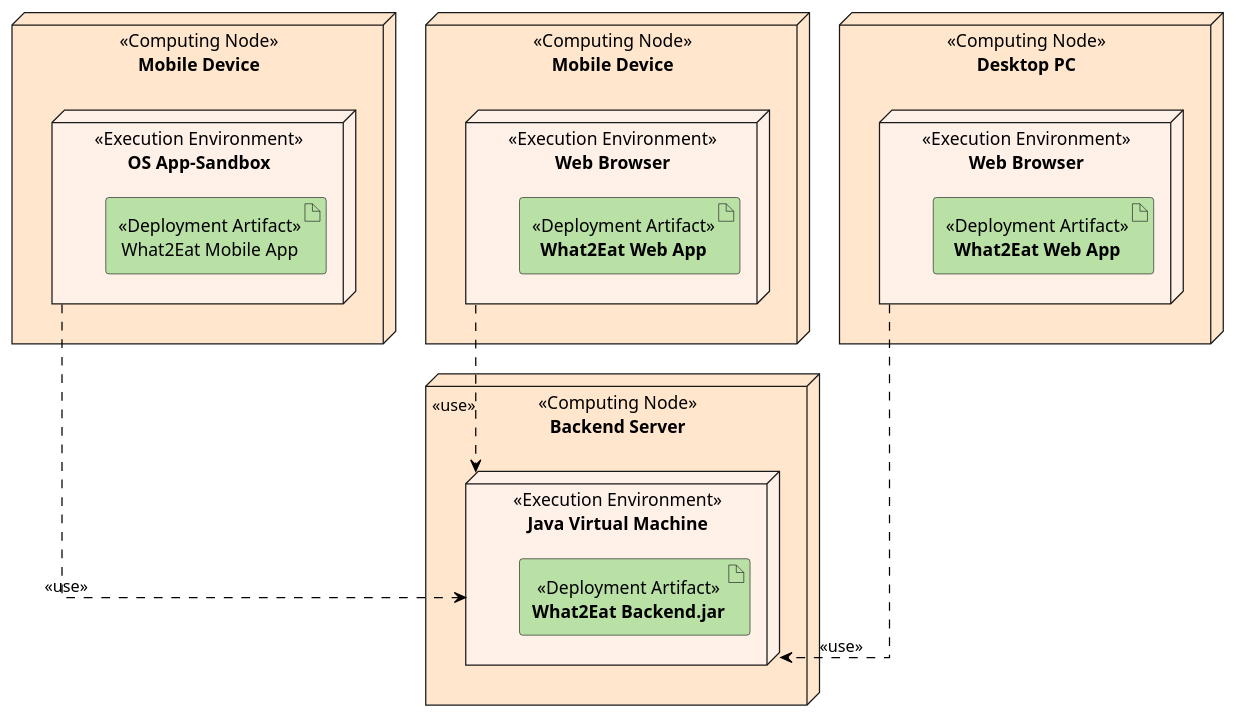
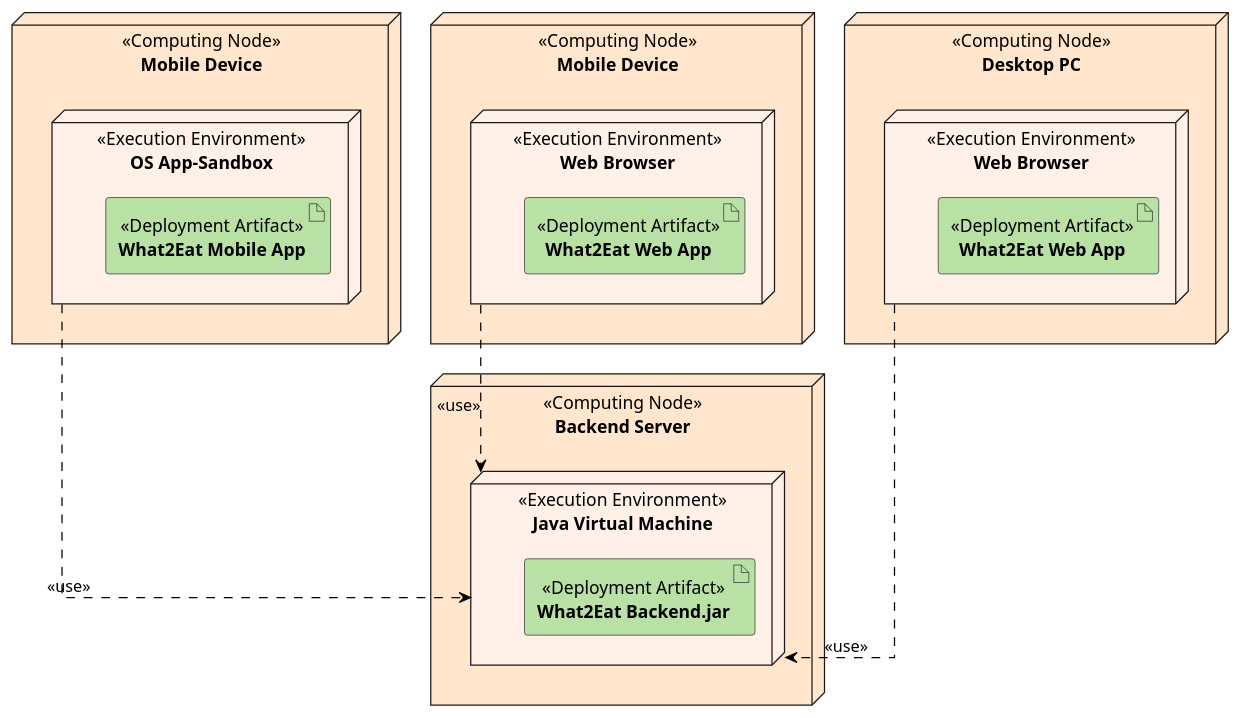
Before and after one commit to YanChunChang/BA_Plantuml: the diagram in what2eat/4.6-deployment-and-operation-2.plantuml, drawn with PlantUML. The commit also changed 15 other files, not shown here.

```diff
--- a/what2eat/4.6-deployment-and-operation-2.plantuml
+++ b/what2eat/4.6-deployment-and-operation-2.plantuml
@@ -1,43 +1,43 @@
 @startuml deployment server
 
 skinparam  {
     node {
         FontStyle normal
         BackgroundColor #ffe6cc
     }
     artifact {
         FontStyle normal
         BackgroundColor #b9e0a5
     }
     linetype ortho
 }
 
 node "**Mobile Device**" <<Computing Node>> as a #ffe6cc{
     node "**OS App-Sandbox**" <<Execution Environment>> as e #fff0e8{
-        artifact "What2Eat Mobile App" <<Deployment Artifact>> as i
+        artifact "**What2Eat Mobile App**" <<Deployment Artifact>> as i
     }
 }
 
 node "**Mobile Device**" <<Computing Node>> as b #ffe6cc{
     node "**Web Browser**" <<Execution Environment>> as f #fff0e8{
         artifact "**What2Eat Web App**" <<Deployment Artifact>> as j
     }
 }
 
 node "**Desktop PC**" <<Computing Node>> as c #ffe6cc{
     node "**Web Browser**" <<Execution Environment>> as g #fff0e8{
         artifact "**What2Eat Web App**" <<Deployment Artifact>> as k
     }
 }
 
 node "**Backend Server**" <<Computing Node>> as d #ffe6cc{
     node "**Java Virtual Machine**" <<Execution Environment>> as h #fff0e8{
         artifact "**What2Eat Backend.jar**" <<Deployment Artifact>> as l
     }
 }
 
 e --> h #black;line.dashed;:<<use>>
 f --> h #black;line.dashed;:<<use>>
 g --> h #black;line.dashed;:<<use>>
 
 @enduml
```
